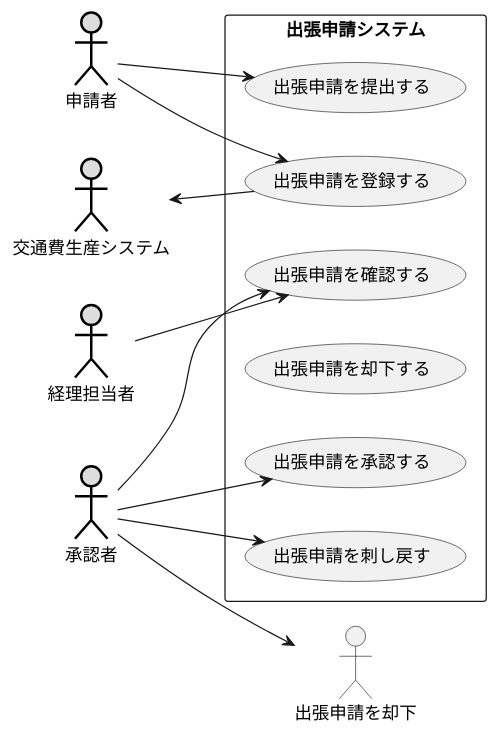
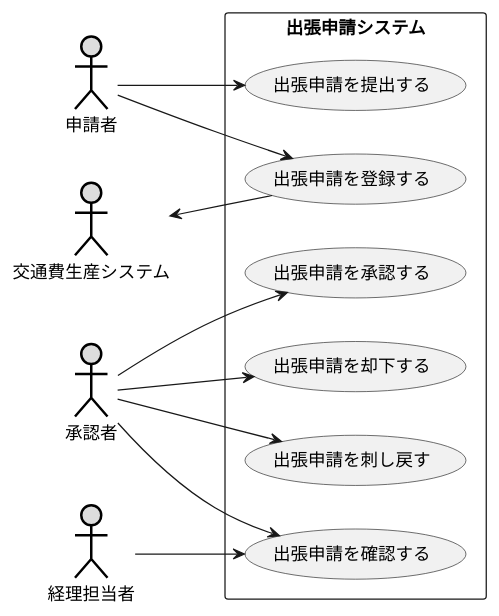
One commit to satou1024/linux changed the diagram in 演習2-1_UM_出張管理システム.pu. Above: the diagram before and after it, drawn with PlantUML.

Commit message:
あれ

```diff
--- a/演習2-1_UM_出張管理システム.pu
+++ b/演習2-1_UM_出張管理システム.pu
@@ -1,23 +1,23 @@
 @startuml 演習
 left to right direction
 actor 申請者#DDDDDD;line:black;line.bold;
 actor 承認者#DDDDDD;line:black;line.bold;
 actor 経理担当者#DDDDDD;line:black;line.bold;
 actor 交通費生産システム#DDDDDD;line:black;line.bold;
 rectangle 出張申請システム{
     usecase 出張申請を登録する
     usecase 出張申請を提出する
     usecase 出張申請を承認する
     usecase 出張申請を却下する
     usecase 出張申請を刺し戻す
     usecase 出張申請を確認する
 }
+申請者--> 出張申請を提出する
 申請者--> 出張申請を登録する
-申請者--> 出張申請を提出する
 承認者--> 出張申請を承認する
-承認者--> 出張申請を却下
+承認者--> 出張申請を却下する
 承認者--> 出張申請を刺し戻す
 承認者--> 出張申請を確認する
 経理担当者--> 出張申請を確認する
 交通費生産システム<-- 出張申請を登録する
 @enduml
```
